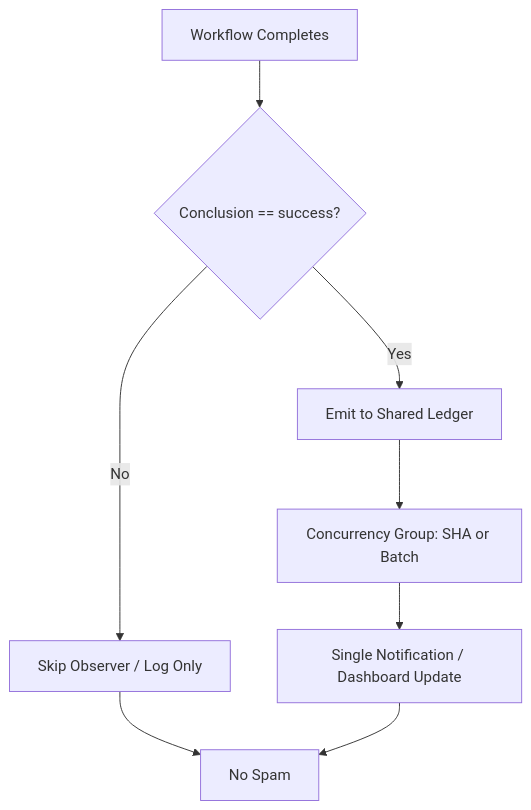
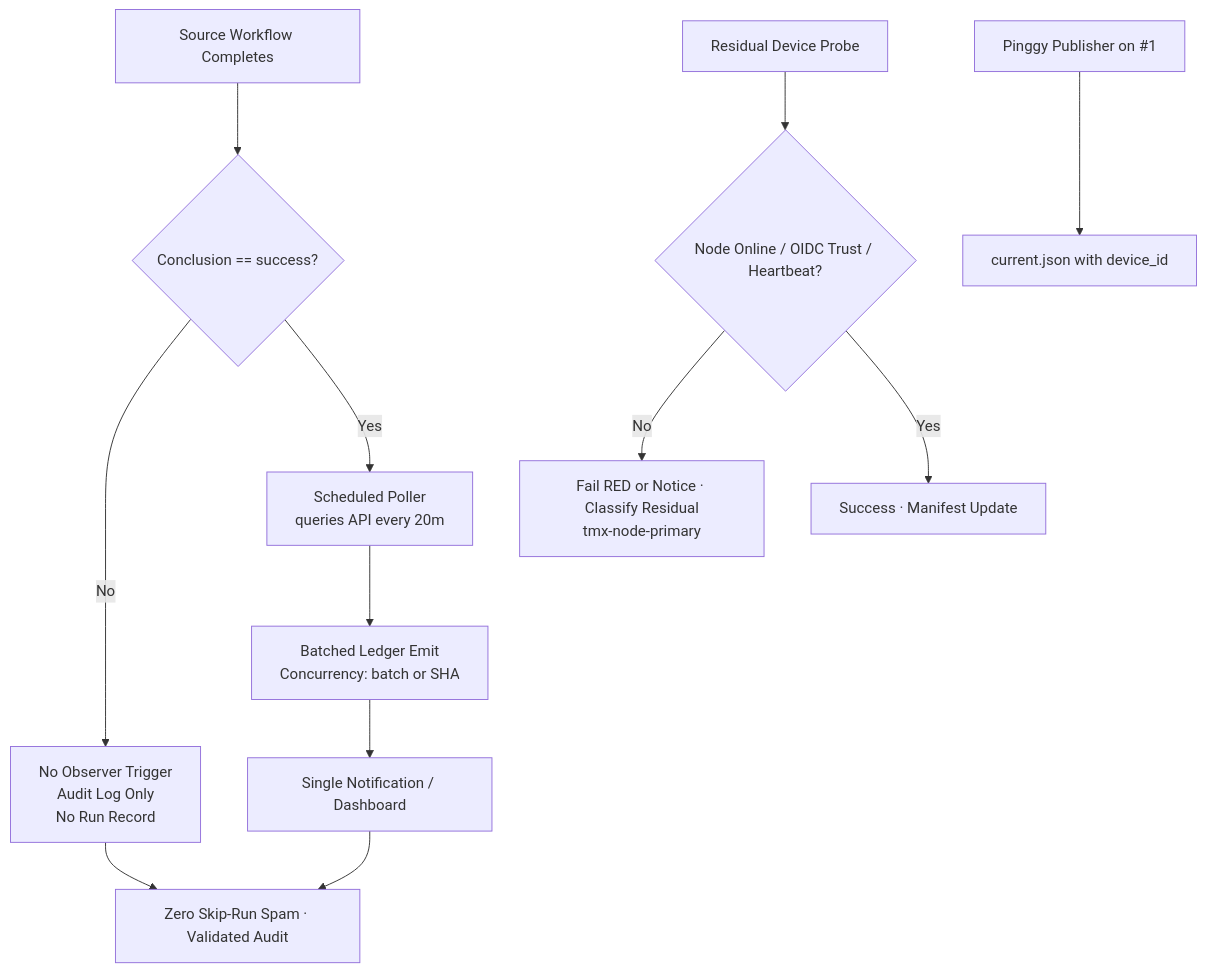
The diagram in docs/ops/ACTIONS-MATRIX.md (timerloggedout-spec/termux-monorepo), drawn with Mermaid before and after one commit. The commit also changed other lines of this file and 6 other files, not shown here.

First line of the commit message:
ops(matrix): consolidate Actions matrix, cadence/cache/quota, Pinggy device#1, skip-spam residual (2026-10-25)

````diff
--- a/docs/ops/ACTIONS-MATRIX.md
+++ b/docs/ops/ACTIONS-MATRIX.md
@@ -42,10 +45,14 @@
 ```mermaid
 flowchart TD
-    A[Workflow Completes] --> B{Conclusion == success?}
-    B -->|No| C[Skip Observer / Log Only]
-    B -->|Yes| D[Emit to Shared Ledger]
-    D --> E[Concurrency Group: SHA or Batch]
-    E --> F[Single Notification / Dashboard Update]
-    C --> G[No Spam]
+    A[Source Workflow Completes] --> B{Conclusion == success?}
+    B -->|No| C[No Observer Trigger<br/>Audit Log Only<br/>No Run Record]
+    B -->|Yes| D[Scheduled Poller<br/>queries API every 20m]
+    D --> E[Batched Ledger Emit<br/>Concurrency: batch or SHA]
+    E --> F[Single Notification / Dashboard]
+    C --> G[Zero Skip-Run Spam · Validated Audit]
     F --> G
+    H[Residual Device Probe] --> I{Node Online / OIDC Trust / Heartbeat?}
+    I -->|No| J[Fail RED or Notice · Classify Residual<br/>tmx-node-primary]
+    I -->|Yes| K[Success · Manifest Update]
+    L[Pinggy Publisher on #1] --> M[current.json with device_id]
 ```
````
